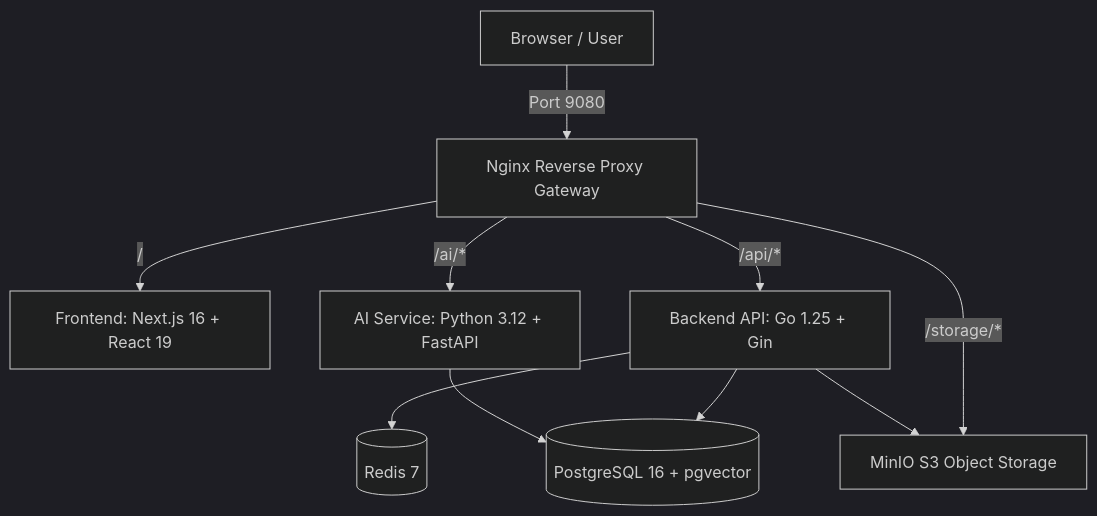
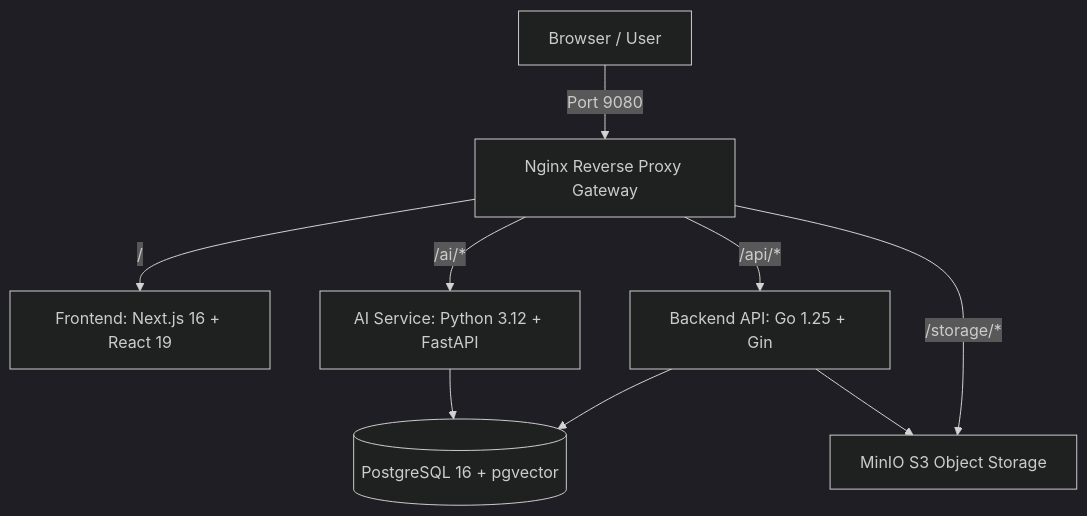
Before and after one commit to Ijon6k/Taskure: the diagram in README.md, drawn with Mermaid (dark theme). The commit also changed other lines of this file and 59 other files, not shown here.

````diff
--- a/README.md
+++ b/README.md
@@ -70,12 +70,11 @@
 ```mermaid
 graph TD
     Client[Browser / User] -->|Port 9080| Nginx[Nginx Reverse Proxy Gateway]
     Nginx -->|/ | Web[Frontend: Next.js 16 + React 19]
     Nginx -->|/api/*| API[Backend API: Go 1.25 + Gin]
     Nginx -->|/ai/*| AI[AI Service: Python 3.12 + FastAPI]
     Nginx -->|/storage/*| S3[MinIO S3 Object Storage]
     API --> DB[(PostgreSQL 16 + pgvector)]
-    API --> Cache[(Redis 7)]
     API --> S3
     AI --> DB
 ```
````
